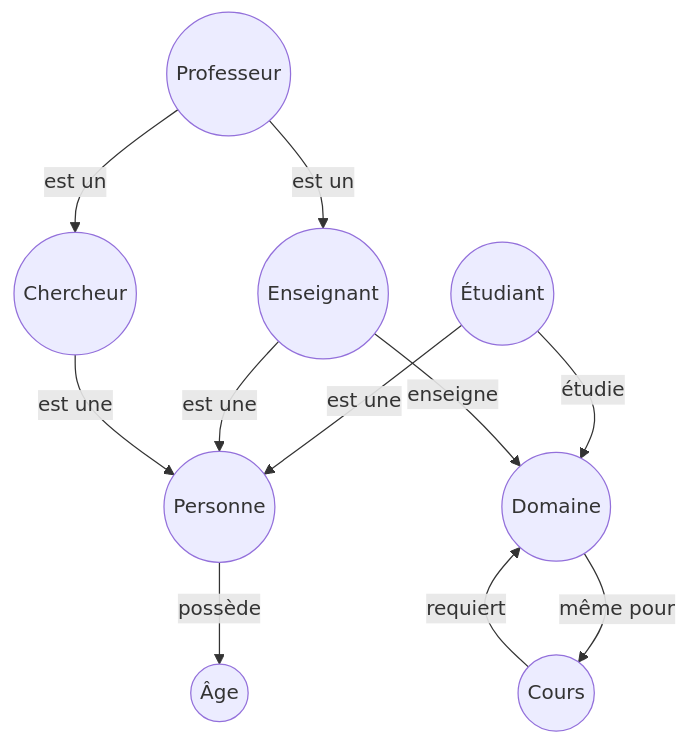
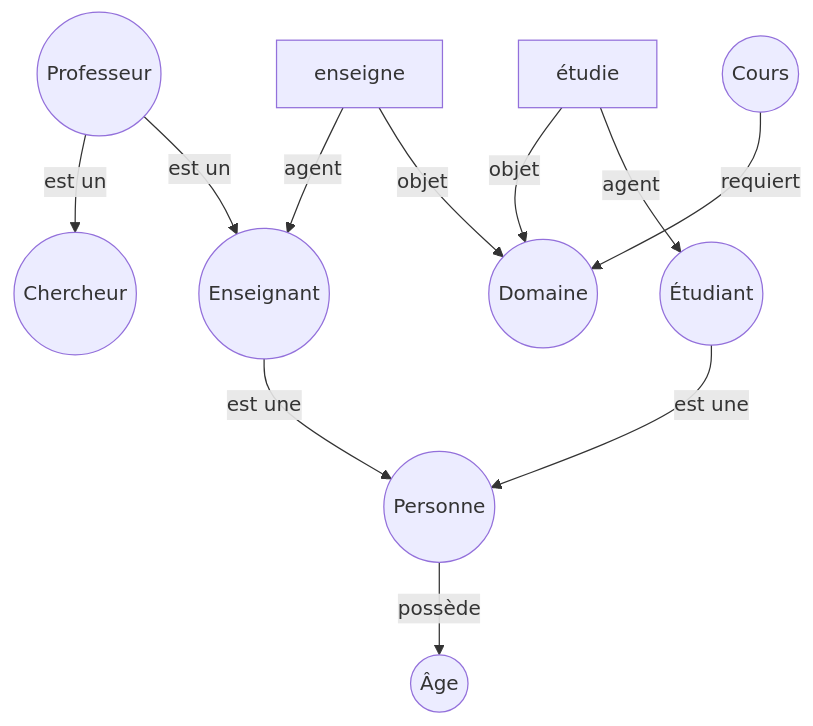
Before and after one commit to moad-cher/TPs-Ingenierie-des-Connaissances-: the third of 7 diagrams in TD-réseaux_semantiques/TD-CHERGUI-Moad.md, drawn with Mermaid. The commit also changed other lines of this file and 2 other files, not shown here.

````diff
--- a/TD-réseaux_semantiques/TD-CHERGUI-Moad.md
+++ b/TD-réseaux_semantiques/TD-CHERGUI-Moad.md
@@ -98,22 +99,22 @@
 ```mermaid
 graph
     Personne((Personne))
     Etudiant((Étudiant))
     Enseignant((Enseignant))
     Chercheur((Chercheur))
     Professeur((Professeur))
     Age((Âge))
     Domaine((Domaine))
     Cours((Cours))
 
     Personne -->|possède| Age
     Etudiant -->|est une| Personne
-    Etudiant -->|étudie| Domaine
+    étudie -->|agent| Etudiant 
+    étudie -->|objet| Domaine
     Enseignant -->|est une| Personne
-    Enseignant -->|enseigne| Domaine
-    Chercheur -->|est une| Personne
+    Cours -->|requiert| Domaine
+    enseigne -->|objet| Domaine
+    enseigne -->|agent| Enseignant
     Professeur -->|est un| Enseignant
     Professeur -->|est un| Chercheur
-    Cours -->|requiert| Domaine
-    Domaine -->|même pour| Cours
 ```
````
